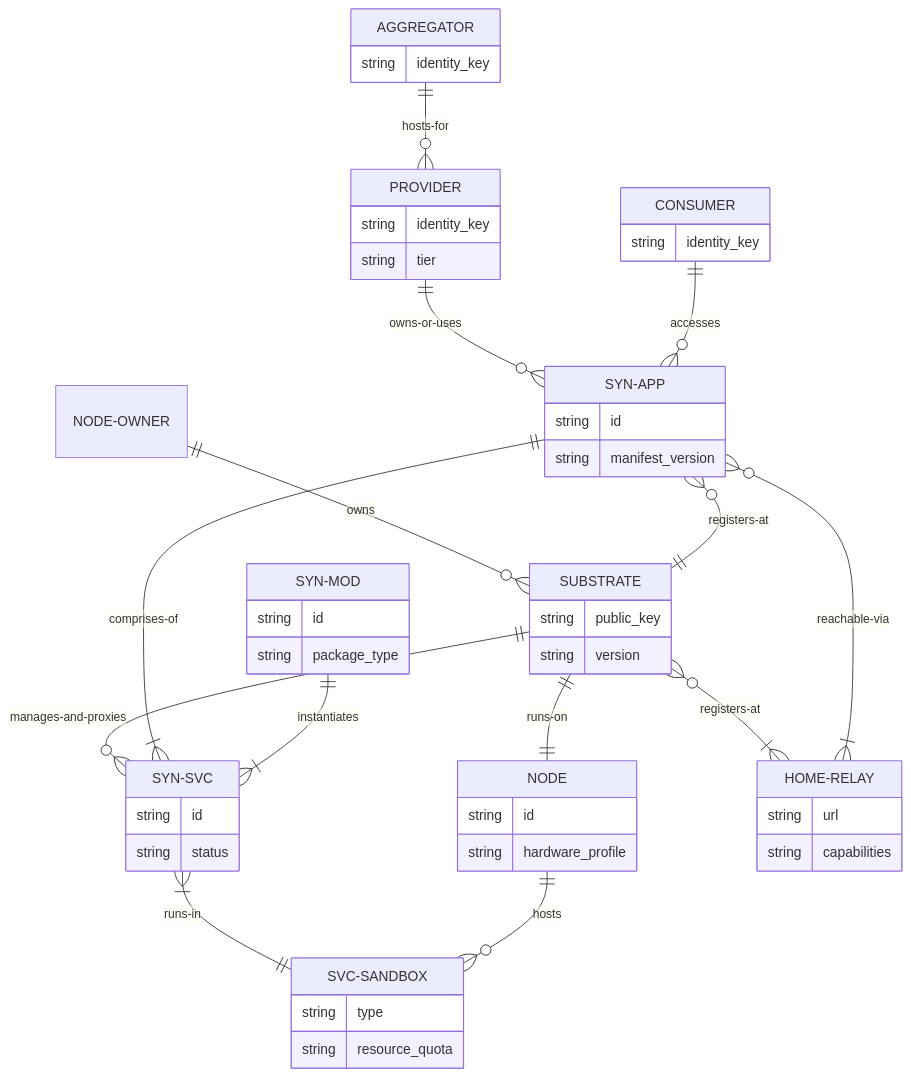
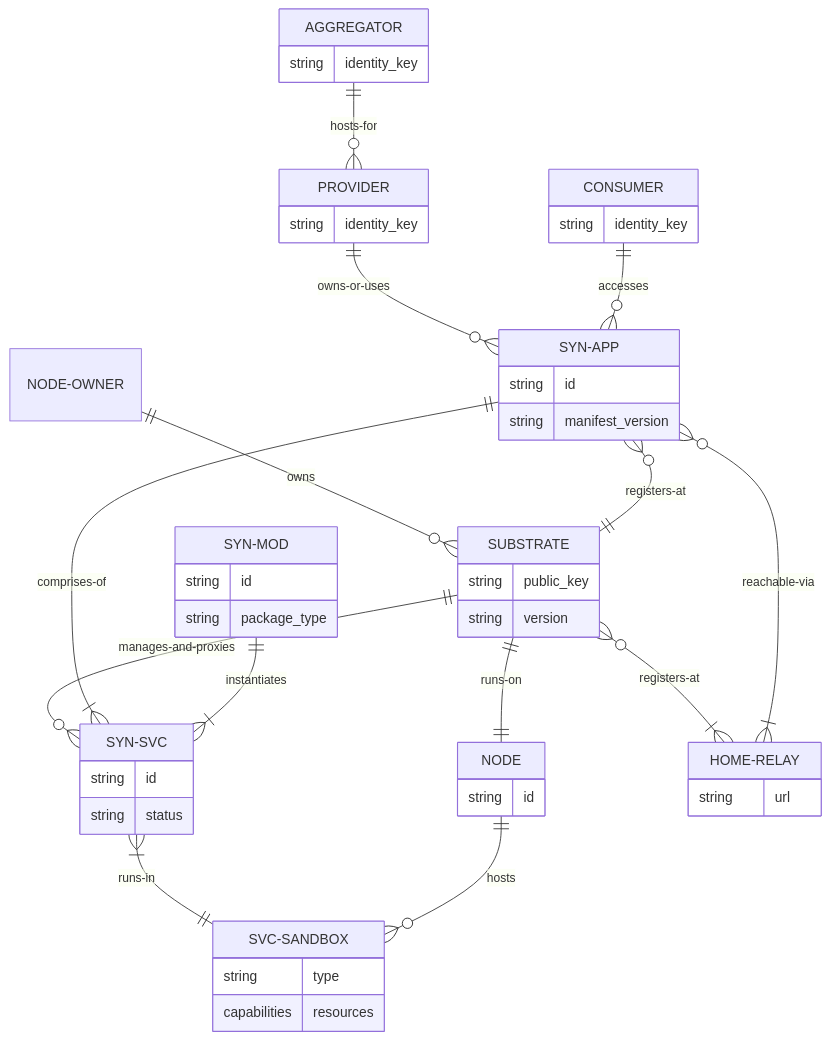
The second of 21 diagrams in docs/architecture.md (syneroym/syneroym), drawn with Mermaid before and after one commit. The commit also changed other lines of this file, not shown here.

````diff
--- a/docs/architecture.md
+++ b/docs/architecture.md
@@ -93,27 +93,27 @@
 ```mermaid
 erDiagram
     NODE-OWNER ||--o{ SUBSTRATE : owns
     SUBSTRATE ||--|| NODE : runs-on
     SUBSTRATE ||--o{ SYN-SVC : manages-and-proxies
     SUBSTRATE }o--|{ HOME-RELAY : registers-at
     SYN-APP ||--|{ SYN-SVC : comprises-of
     SYN-APP }o--|| SUBSTRATE : registers-at
     SYN-SVC }|--|| SVC-SANDBOX : runs-in
     NODE ||--o{ SVC-SANDBOX : hosts
     SYN-MOD ||--|{ SYN-SVC : instantiates
     SYN-APP }o--|{ HOME-RELAY : reachable-via
     PROVIDER ||--o{ SYN-APP : owns-or-uses
     AGGREGATOR ||--o{ PROVIDER : hosts-for
     CONSUMER ||--o{ SYN-APP : accesses
 
-    NODE { string id string hardware_profile }
+    NODE { string id }
     SUBSTRATE { string public_key string version }
     SYN-SVC { string id string status }
     SYN-APP { string id string manifest_version }
     SYN-MOD { string id string package_type }
-    SVC-SANDBOX { string type string resource_quota }
-    HOME-RELAY { string url string capabilities }
-    PROVIDER { string identity_key string tier }
+    SVC-SANDBOX { string type capabilities resources }
+    HOME-RELAY { string url }
+    PROVIDER { string identity_key }
     CONSUMER { string identity_key }
     AGGREGATOR { string identity_key }
 ```
````
